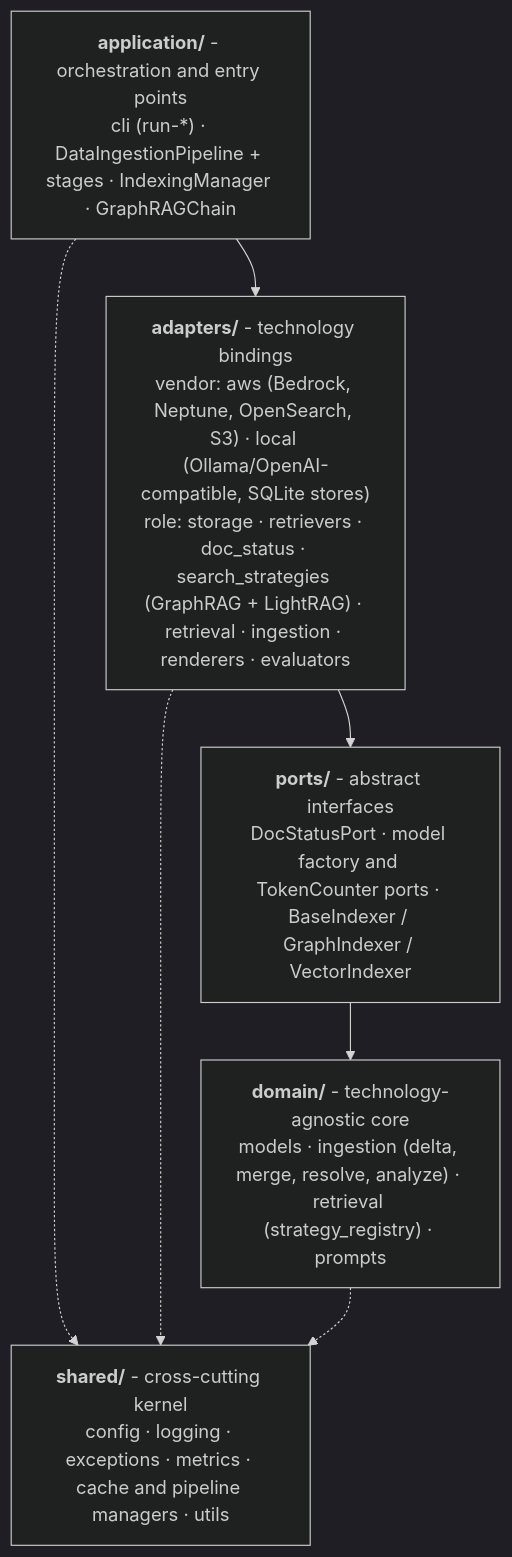
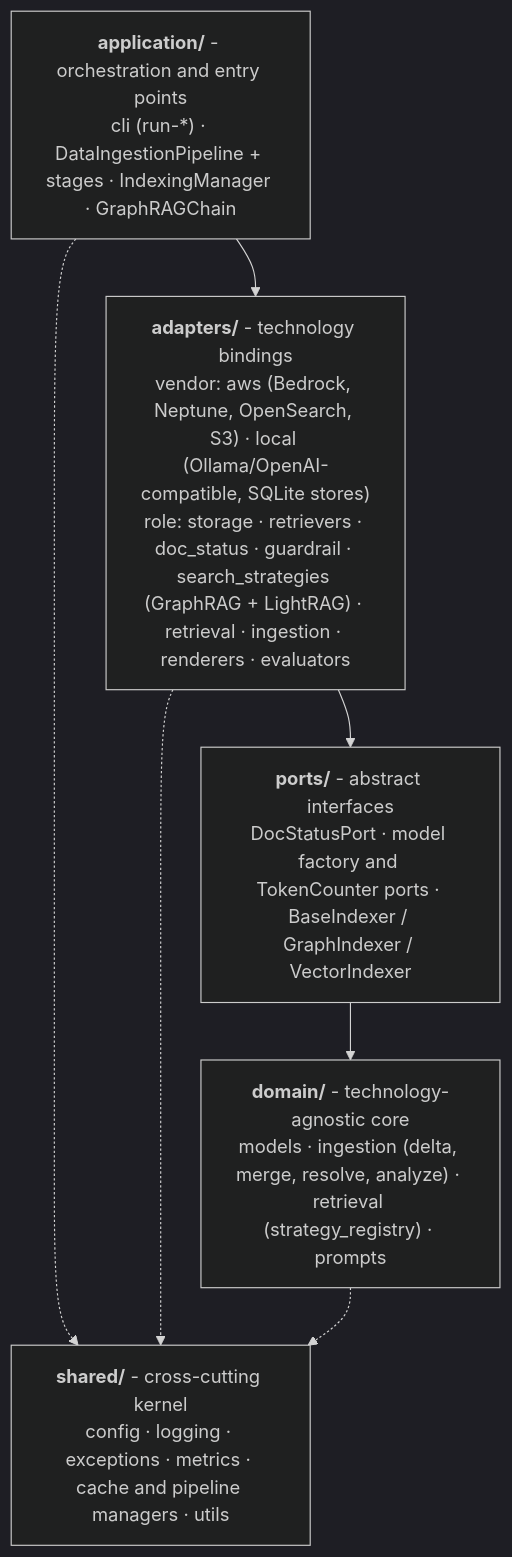
The first of 2 diagrams in docs/design.ko.md (awslabs/unified-kg-rag-on-aws), drawn with Mermaid (dark theme) before and after one commit. The commit also changed other lines of this file and 38 other files, not shown here.

````diff
--- a/docs/design.ko.md
+++ b/docs/design.ko.md
@@ -47,12 +47,12 @@
 ```mermaid
 flowchart TB
     application["<b>application/</b> - orchestration and entry points<br/>cli (run-*) · DataIngestionPipeline + stages · IndexingManager · GraphRAGChain"]
-    adapters["<b>adapters/</b> - technology bindings<br/>vendor: aws (Bedrock, Neptune, OpenSearch, S3) · local (Ollama/OpenAI-compatible, SQLite stores)<br/>role: storage · retrievers · doc_status · search_strategies (GraphRAG + LightRAG) · retrieval · ingestion · renderers · evaluators"]
+    adapters["<b>adapters/</b> - technology bindings<br/>vendor: aws (Bedrock, Neptune, OpenSearch, S3) · local (Ollama/OpenAI-compatible, SQLite stores)<br/>role: storage · retrievers · doc_status · guardrail · search_strategies (GraphRAG + LightRAG) · retrieval · ingestion · renderers · evaluators"]
     ports["<b>ports/</b> - abstract interfaces<br/>DocStatusPort · model factory and TokenCounter ports · BaseIndexer / GraphIndexer / VectorIndexer"]
     domain["<b>domain/</b> - technology-agnostic core<br/>models · ingestion (delta, merge, resolve, analyze) · retrieval (strategy_registry) · prompts"]
     shared["<b>shared/</b> - cross-cutting kernel<br/>config · logging · exceptions · metrics · cache and pipeline managers · utils"]
     application --> adapters --> ports --> domain
     application -.-> shared
     adapters -.-> shared
     domain -.-> shared
 ```
````
